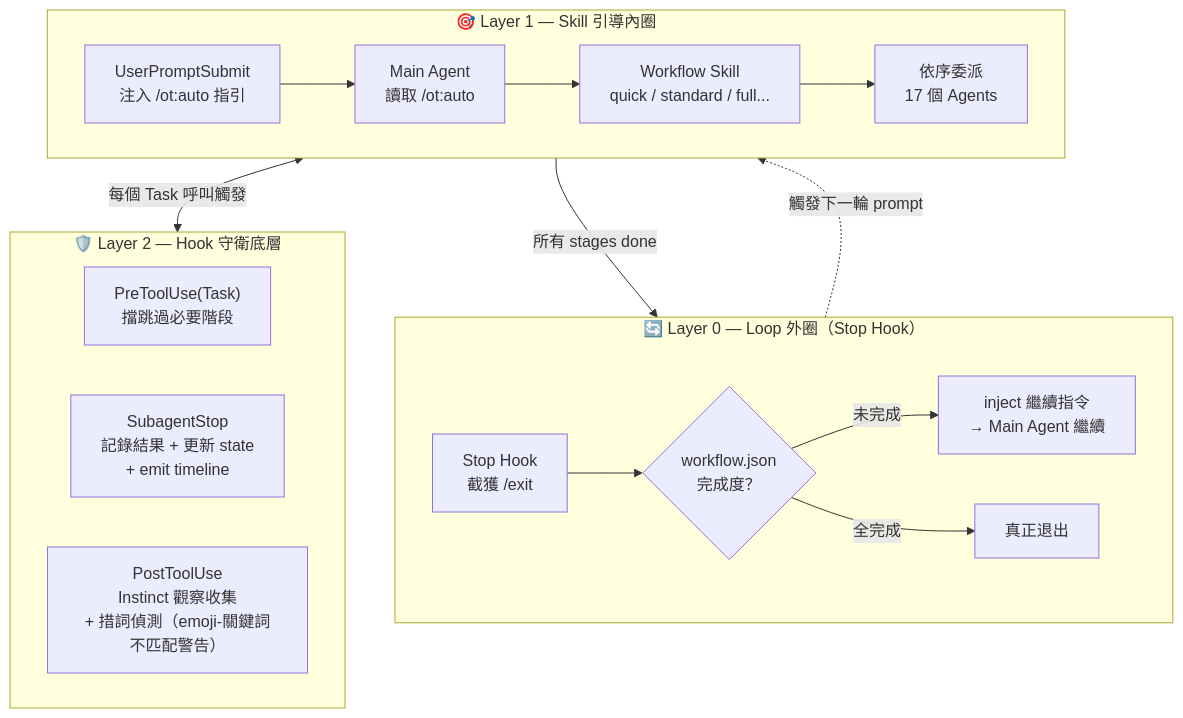
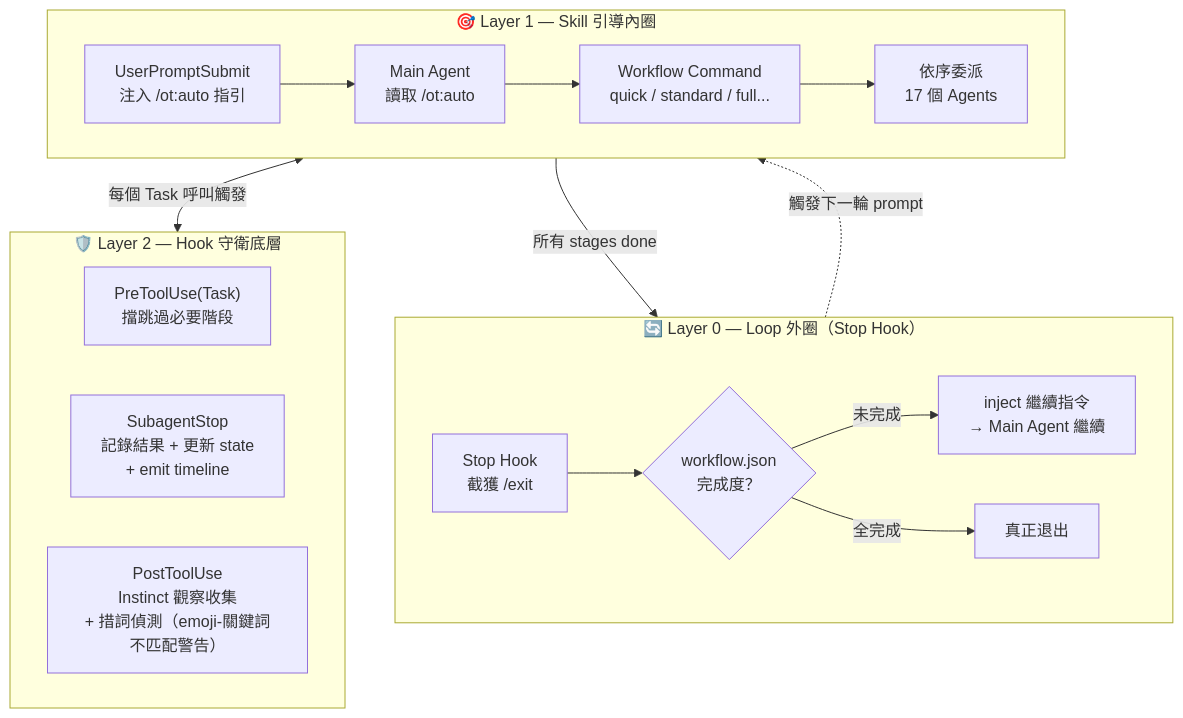
One commit to ryu111/overtone changed the first of 3 diagrams in docs/spec/workflow-diagram.md. Above: the diagram before and after it, drawn with Mermaid. The commit also changed 3 other files, not shown here.

````diff
--- a/docs/spec/workflow-diagram.md
+++ b/docs/spec/workflow-diagram.md
@@ -8,33 +8,33 @@
 ```mermaid
 flowchart TB
     subgraph L0["🔄 Layer 0 — Loop 外圈（Stop Hook）"]
         direction LR
         SH["Stop Hook\n截獲 /exit"]
         WC{"workflow.json\n完成度？"}
         CONT["inject 繼續指令\n→ Main Agent 繼續"]
         EXIT["真正退出"]
         SH --> WC
         WC -- "未完成" --> CONT
         WC -- "全完成" --> EXIT
     end
 
     subgraph L1["🎯 Layer 1 — Skill 引導內圈"]
         direction LR
         US["UserPromptSubmit\n注入 /ot:auto 指引"]
         MA["Main Agent\n讀取 /ot:auto"]
-        WF["Workflow Skill\nquick / standard / full..."]
+        WF["Workflow Command\nquick / standard / full..."]
         AG["依序委派\n17 個 Agents"]
         US --> MA --> WF --> AG
     end
 
     subgraph L2["🛡️ Layer 2 — Hook 守衛底層"]
         direction LR
         PT["PreToolUse(Task)\n擋跳過必要階段"]
         SS["SubagentStop\n記錄結果 + 更新 state\n+ emit timeline"]
         PO["PostToolUse\nInstinct 觀察收集\n+ 措詞偵測（emoji-關鍵詞不匹配警告）"]
     end
 
     CONT -.->|"觸發下一輪 prompt"| L1
     L1 <-->|"每個 Task 呼叫觸發"| L2
     L1 -->|"所有 stages done"| L0
 ```
````
